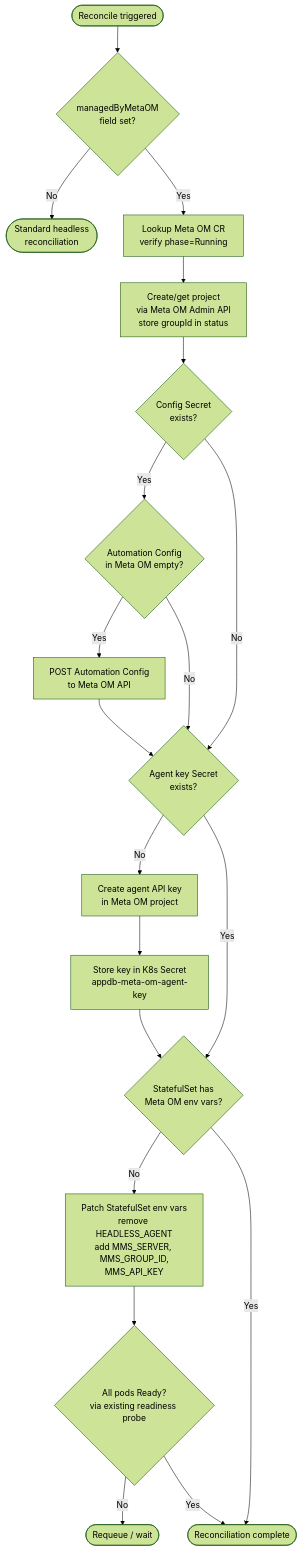
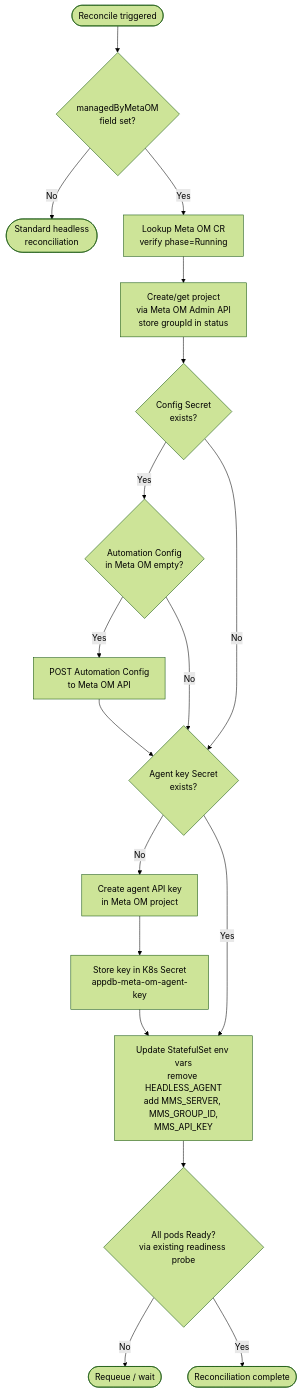
One commit to mongodb/mongodb-kubernetes changed the diagram in 2026-03-03-appdb-agent-mode-switch-spike.md. Above: the diagram before and after it, drawn with Mermaid (forest theme). The commit also changed other lines of this file, not shown here.

Commit message:
Complete Spike doc

````diff
--- a/2026-03-03-appdb-agent-mode-switch-spike.md
+++ b/2026-03-03-appdb-agent-mode-switch-spike.md
@@ -128,22 +128,20 @@
 ```mermaid
 flowchart TD
-    A([Reconcile triggered]) --> B{managedByMetaOM\nfield set?}
-    B -- No --> Z([Standard headless\nreconciliation])
-    B -- Yes --> C[Lookup Meta OM CR\nverify phase=Running]
-    C --> D[Create/get project\nvia Meta OM Admin API\nstore groupId in status]
-    D --> E{Config Secret\nexists?}
-    E -- Yes --> F{Automation Config\nin Meta OM empty?}
-    F -- Yes --> G[POST Automation Config\nto Meta OM API]
+    A([Reconcile triggered]) --> B{managedByMetaOM<br/>field set?}
+    B -- No --> Z([Standard headless<br/>reconciliation])
+    B -- Yes --> C[Lookup Meta OM CR<br/>verify phase=Running]
+    C --> D[Create/get project<br/>via Meta OM Admin API<br/>store groupId in status]
+    D --> E{Config Secret<br/>exists?}
+    E -- Yes --> F{Automation Config<br/>in Meta OM empty?}
+    F -- Yes --> G[POST Automation Config<br/>to Meta OM API]
     G --> H
     F -- No --> H
-    E -- No --> H{Agent key Secret\nexists?}
-    H -- No --> I[Create agent API key\nin Meta OM project]
-    I --> J[Store key in K8s Secret\nappdb-meta-om-agent-key]
+    E -- No --> H{Agent key Secret<br/>exists?}
+    H -- No --> I[Create agent API key<br/>in Meta OM project]
+    I --> J[Store key in K8s Secret<br/>appdb-meta-om-agent-key]
     J --> K
-    H -- Yes --> K{StatefulSet has\nMeta OM env vars?}
-    K -- No --> L[Patch StatefulSet env vars\nremove HEADLESS_AGENT\nadd MMS_SERVER, MMS_GROUP_ID,\nMMS_API_KEY]
-    L --> M{All pods Ready?\nvia existing readiness probe}
-    M -- No --> N([Requeue / wait])
-    M -- Yes --> O([Reconciliation complete])
-    K -- Yes --> O
+    H -- Yes --> K[Update StatefulSet env vars<br/>remove HEADLESS_AGENT<br/>add MMS_SERVER, MMS_GROUP_ID,<br/>MMS_API_KEY]
+    K --> L{All pods Ready?<br/>via existing readiness probe}
+    L -- No --> M([Requeue / wait])
+    L -- Yes --> O([Reconciliation complete])
 ```
````
